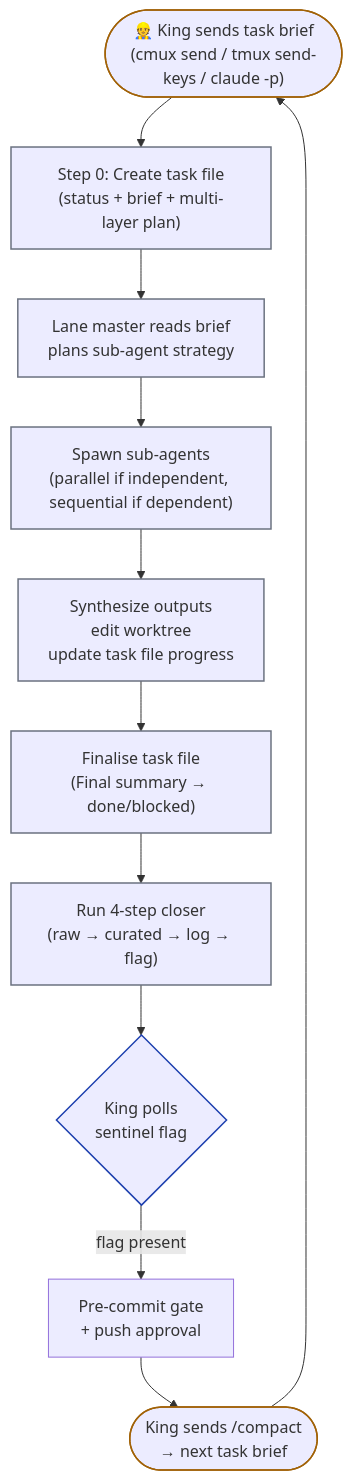
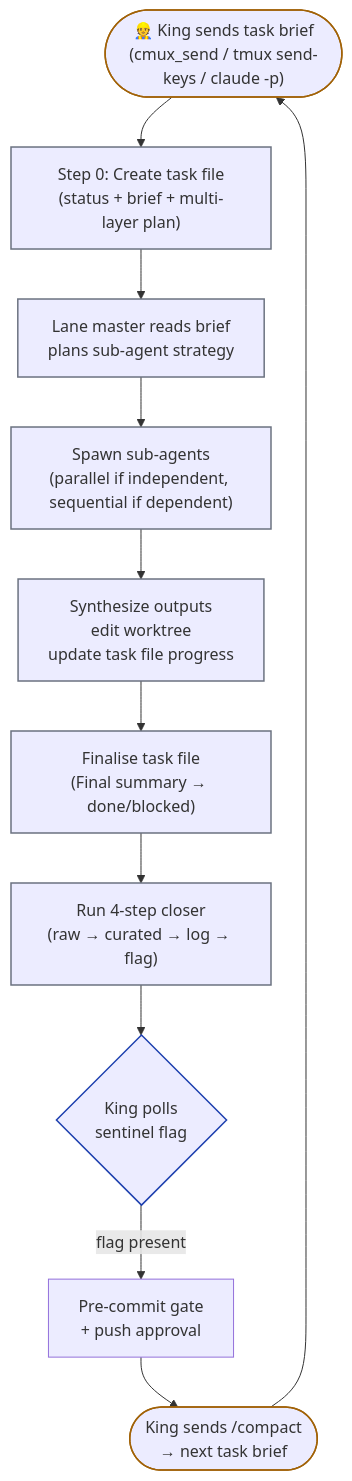
The first of 3 diagrams in .kingdom/.setting/roles/worker.md (chatthong/kingdom), drawn with Mermaid before and after one commit. The commit also changed other lines of this file and 69 other files, not shown here.

````diff
--- a/.kingdom/.setting/roles/worker.md
+++ b/.kingdom/.setting/roles/worker.md
@@ -384,24 +384,24 @@
 ```mermaid
 flowchart TB
-    A(["👷 King sends task brief\n(cmux send / tmux send-keys / claude -p)"])
+    A(["👷 King sends task brief\n(cmux_send / tmux send-keys / claude -p)"])
     A0["Step 0: Create task file\n(status + brief + multi-layer plan)"]
     B["Lane master reads brief\nplans sub-agent strategy"]
     C["Spawn sub-agents\n(parallel if independent, sequential if dependent)"]
     D["Synthesize outputs\nedit worktree\nupdate task file progress"]
     E0["Finalise task file\n(Final summary → done/blocked)"]
     E["Run 4-step closer\n(raw → curated → log → flag)"]
     F{"King polls\nsentinel flag"}
     G["Pre-commit gate\n+ push approval"]
     H(["King sends /compact\n→ next task brief"])
 
     A --> A0 --> B --> C --> D --> E0 --> E --> F
     F -- "flag present" --> G --> H
     H --> A
 
     classDef lane stroke:#6b7280,stroke-width:1.5px
     classDef king stroke:#a16207,stroke-width:1.5px
     classDef decision stroke:#1e40af,stroke-width:1.5px
     class A,H king
     class A0,B,C,D,E0,E lane
     class F decision
 ```
````
